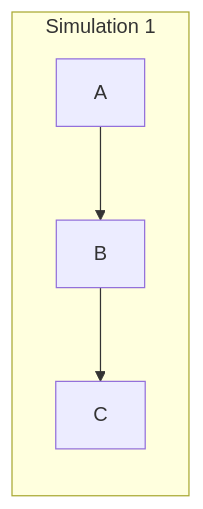
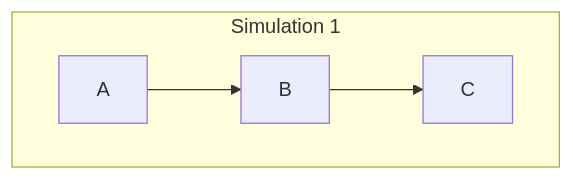
One commit to BlockScience/MSML changed the first of 2 diagrams in dev/Test.md. Above: the diagram before and after it, drawn with Mermaid. The commit also changed other lines of this file and 1 other file, not shown here.

````diff
--- a/dev/Test.md
+++ b/dev/Test.md
@@ -1,10 +1,10 @@
 ```mermaid
-graph LR
+graph
 subgraph X4[Simulation 1]
 X1[A]
 X2[B]
 X3[C]
 X1-->X2
 X2-->X3
 end
 ```
````
